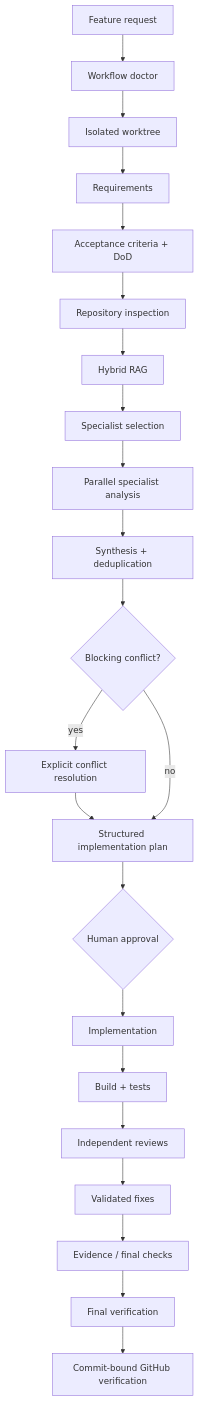
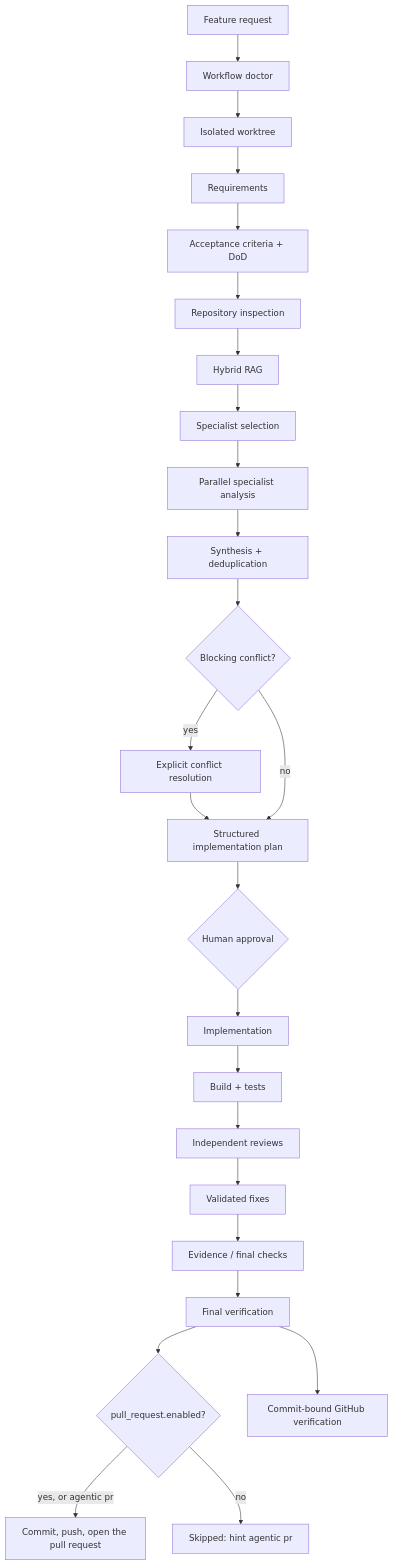
Before and after one commit to mohamedma872/ai-agent-workflow-kit: the second of 3 diagrams in README.md, drawn with Mermaid. The commit also changed other lines of this file and 34 other files, not shown here.

````diff
--- a/README.md
+++ b/README.md
@@ -440,24 +476,27 @@
 ```mermaid
 flowchart TD
     REQ[Feature request] --> DOC[Workflow doctor]
     DOC --> WT[Isolated worktree]
     WT --> R[Requirements]
     R --> AC[Acceptance criteria + DoD]
     AC --> INS[Repository inspection]
     INS --> RAG[Hybrid RAG]
     RAG --> SEL[Specialist selection]
     SEL --> ANA[Parallel specialist analysis]
     ANA --> SYN[Synthesis + deduplication]
     SYN --> CON{Blocking conflict?}
     CON -->|yes| RES[Explicit conflict resolution]
     RES --> PLAN
     CON -->|no| PLAN[Structured implementation plan]
     PLAN --> APP{Human approval}
     APP --> IMP[Implementation]
     IMP --> BT[Build + tests]
     BT --> REV[Independent reviews]
     REV --> FIX[Validated fixes]
     FIX --> EV[Evidence / final checks]
     EV --> VER[Final verification]
+    VER --> PR{pull_request.enabled?}
+    PR -->|yes, or agentic pr| OPEN[Commit, push, open the pull request]
+    PR -->|no| SKIP[Skipped: hint agentic pr]
     VER --> GH[Commit-bound GitHub verification]
 ```
````
